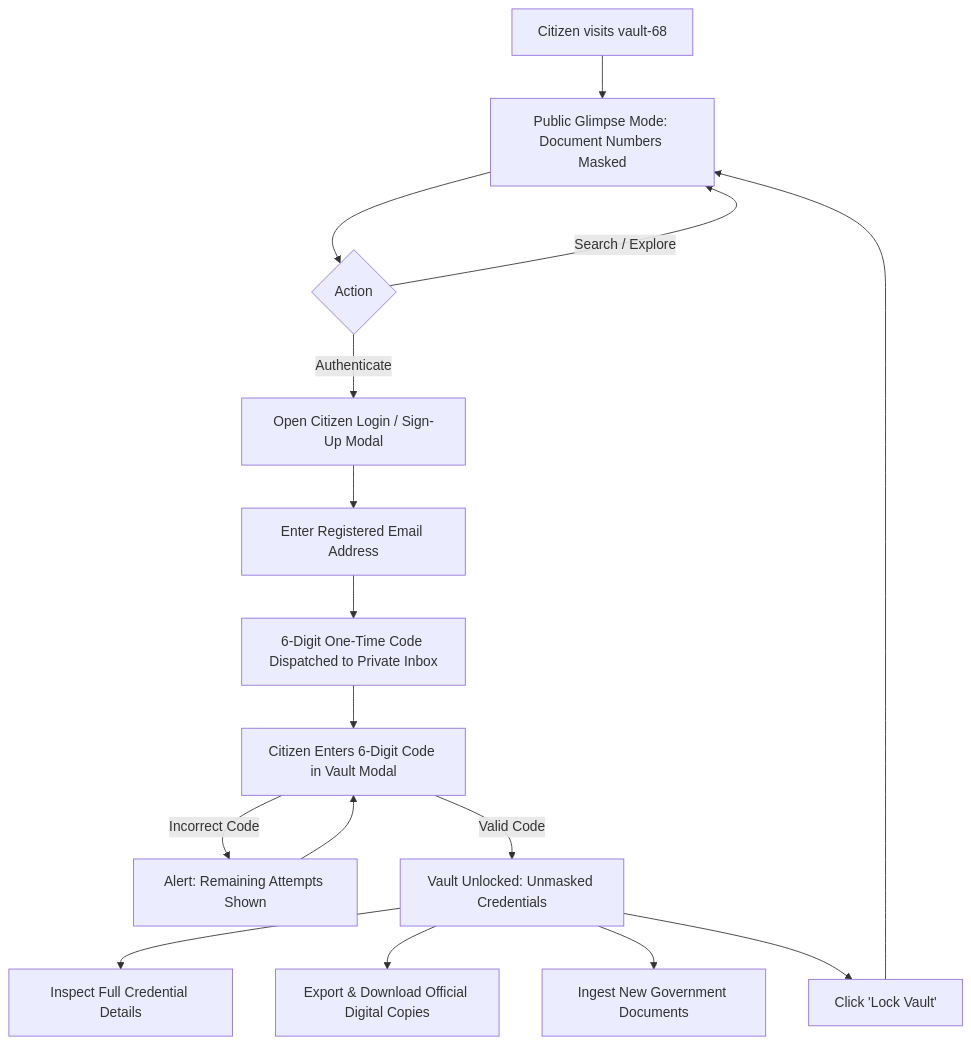
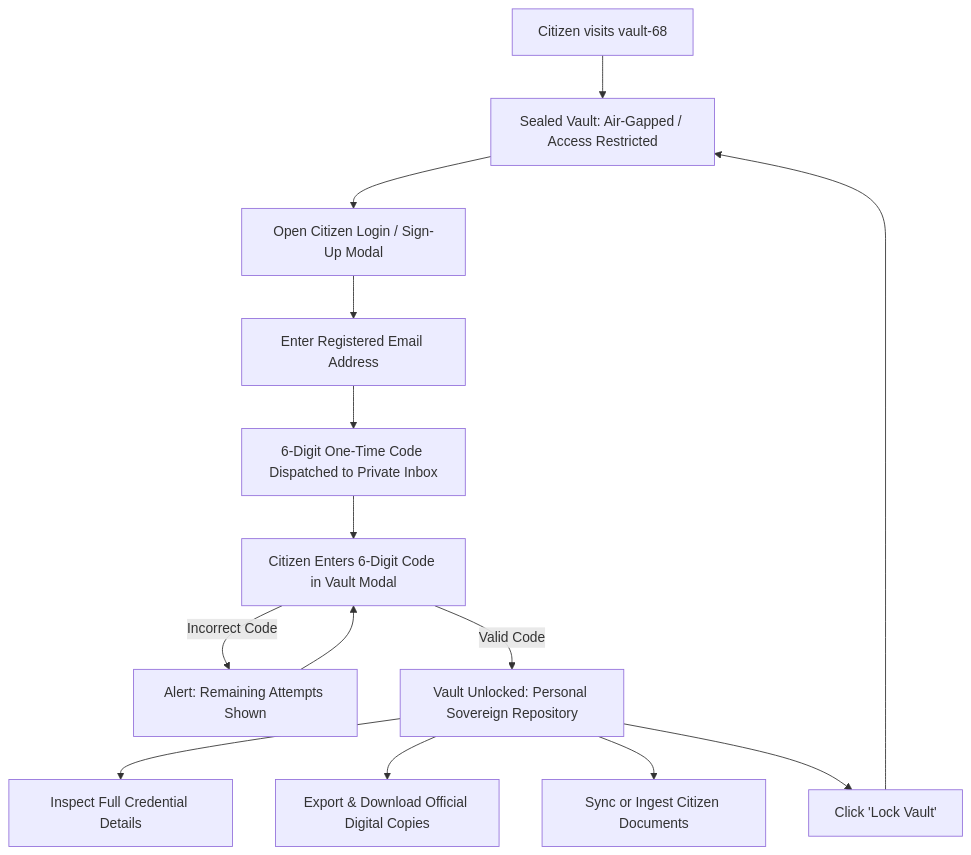
The diagram in README.md (kad-link/the-safe), drawn with Mermaid before and after one commit. The commit also changed other lines of this file and 4 other files, not shown here.

````diff
--- a/README.md
+++ b/README.md
@@ -50,17 +50,15 @@
 ```mermaid
 flowchart TD
-    A[Citizen visits vault-68] --> B[Public Glimpse Mode: Document Numbers Masked]
-    B --> C{Action}
-    C -->|Search / Explore| B
-    C -->|Authenticate| D[Open Citizen Login / Sign-Up Modal]
-    D --> E[Enter Registered Email Address]
-    E --> F[6-Digit One-Time Code Dispatched to Private Inbox]
-    F --> G[Citizen Enters 6-Digit Code in Vault Modal]
-    G -->|Incorrect Code| H[Alert: Remaining Attempts Shown]
-    H --> G
-    G -->|Valid Code| I[Vault Unlocked: Unmasked Credentials]
-    I --> J[Inspect Full Credential Details]
-    I --> K[Export & Download Official Digital Copies]
-    I --> L[Ingest New Government Documents]
-    I --> M[Click 'Lock Vault'] --> B
+    A[Citizen visits vault-68] --> B[Sealed Vault: Air-Gapped / Access Restricted]
+    B --> C[Open Citizen Login / Sign-Up Modal]
+    C --> D[Enter Registered Email Address]
+    D --> E[6-Digit One-Time Code Dispatched to Private Inbox]
+    E --> F[Citizen Enters 6-Digit Code in Vault Modal]
+    F -->|Incorrect Code| G[Alert: Remaining Attempts Shown]
+    G --> F
+    F -->|Valid Code| H[Vault Unlocked: Personal Sovereign Repository]
+    H --> I[Inspect Full Credential Details]
+    H --> J[Export & Download Official Digital Copies]
+    H --> K[Sync or Ingest Citizen Documents]
+    H --> L[Click 'Lock Vault'] --> B
 ```
````
